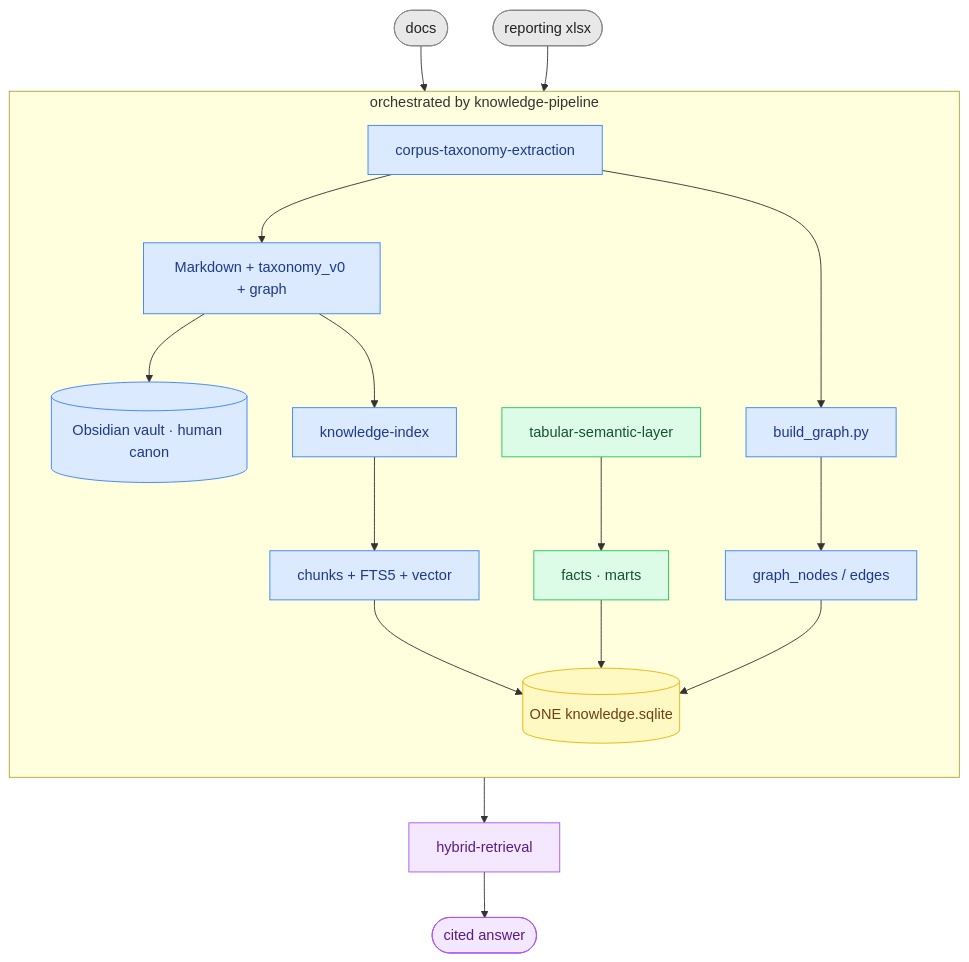
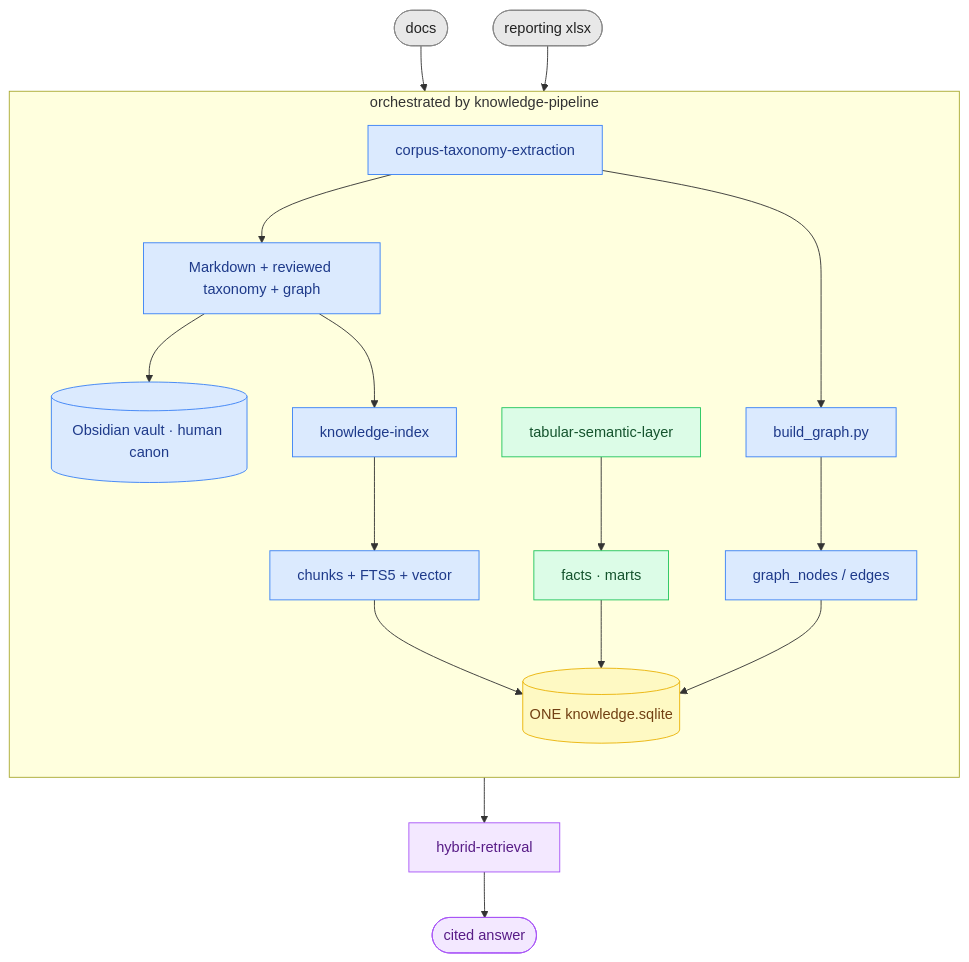
One commit to onetest-ai/applied_skills changed the diagram in README.md. Above: the diagram before and after it, drawn with Mermaid. The commit also changed other lines of this file and 58 other files, not shown here.

````diff
--- a/README.md
+++ b/README.md
@@ -68,28 +68,28 @@
 ```mermaid
 flowchart TD
     docs(["docs"]):::src --> cte["corpus-taxonomy-extraction"]:::mean
     xlsx(["reporting xlsx"]):::src --> tsl["tabular-semantic-layer"]:::num
 
     subgraph orch ["orchestrated by knowledge-pipeline"]
         direction TB
-        cte --> md["Markdown + taxonomy_v0 + graph"]:::mean
+        cte --> md["Markdown + reviewed taxonomy + graph"]:::mean
         md --> vault[("Obsidian vault · human canon")]:::mean
         md --> ki["knowledge-index"]:::mean
         ki --> chunks["chunks + FTS5 + vector"]:::mean
         cte --> bg["build_graph.py"]:::mean
         bg --> gnodes["graph_nodes / edges"]:::mean
         tsl --> facts["facts · marts"]:::num
         chunks --> db[("ONE knowledge.sqlite")]:::store
         facts --> db
         gnodes --> db
     end
 
     db --> hr["hybrid-retrieval"]:::answer
     hr --> ans(["cited answer"]):::answer
 
     classDef src fill:#e8e8e8,stroke:#888,color:#222;
     classDef mean fill:#dbeafe,stroke:#3b82f6,color:#1e3a8a;
     classDef num fill:#dcfce7,stroke:#22c55e,color:#14532d;
     classDef store fill:#fef9c3,stroke:#eab308,color:#713f12;
     classDef answer fill:#f3e8ff,stroke:#a855f7,color:#581c87;
 ```
````
